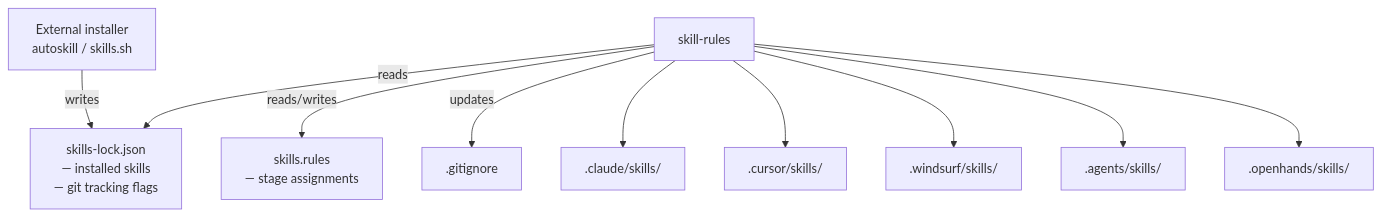
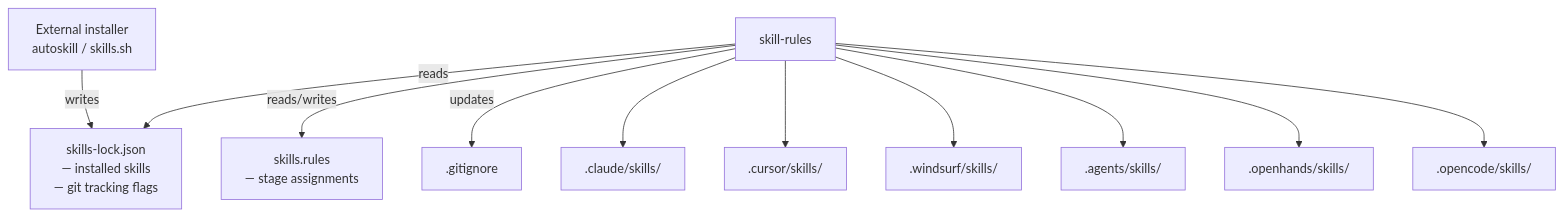
Before and after one commit to carrilloapps/skill-rules: the first of 3 diagrams in README.md, drawn with Mermaid. The commit also changed other lines of this file and 4 other files, not shown here.

Commit message:
feat: add dedicated OpenCode support (.opencode/skills/)

````diff
--- a/README.md
+++ b/README.md
@@ -102,19 +103,20 @@
 ```mermaid
 flowchart TD
     EXT[External installer\nautoskill / skills.sh]
     LOCK[skills-lock.json\n— installed skills\n— git tracking flags]
     RULES[skills.rules\n— stage assignments]
     SR[skill-rules]
     GI[.gitignore]
 
     EXT -->|writes| LOCK
     SR -->|reads| LOCK
     SR -->|reads/writes| RULES
     SR -->|updates| GI
 
     SR --> CLAUDE[.claude/skills/]
     SR --> CURSOR[.cursor/skills/]
     SR --> WINDSURF[.windsurf/skills/]
     SR --> AGENTS[.agents/skills/]
     SR --> OH[.openhands/skills/]
+    SR --> OC[.opencode/skills/]
 ```
````
